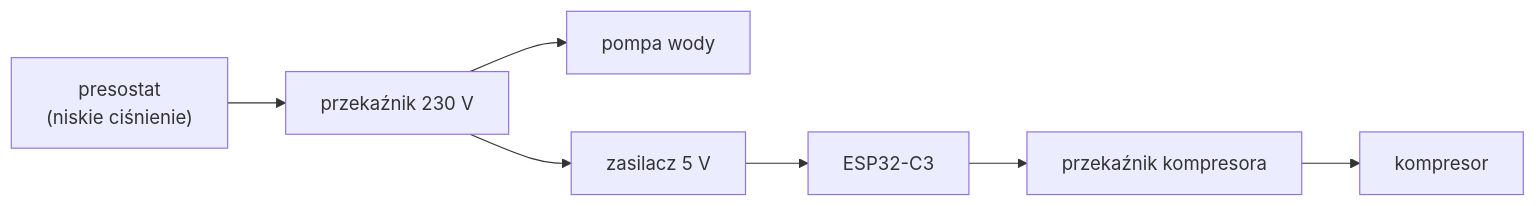
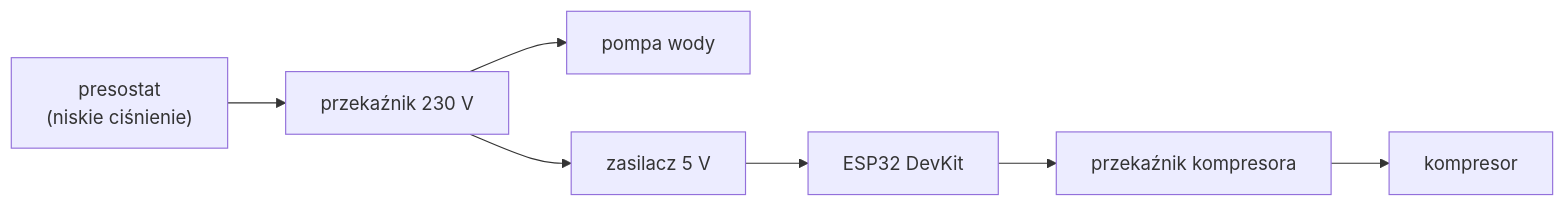
One commit to robertorlowski/chpc-web changed the diagram in devices/water-pressure-tank/docs/1-opis-biznesowy.md. Above: the diagram before and after it, drawn with Mermaid. The commit also changed other lines of this file and 11 other files, not shown here.

First line of the commit message:
Hydrofor: tylko płytka ESP32 DevKit, schemat podłączenia pinów

````diff
--- a/devices/water-pressure-tank/docs/1-opis-biznesowy.md
+++ b/devices/water-pressure-tank/docs/1-opis-biznesowy.md
@@ -19,6 +19,6 @@
 ```mermaid
 flowchart LR
     P["presostat<br/>(niskie ciśnienie)"] --> R["przekaźnik 230 V"]
     R --> W["pompa wody"]
-    R --> Z["zasilacz 5 V"] --> E["ESP32-C3"] --> K["przekaźnik kompresora"] --> C["kompresor"]
+    R --> Z["zasilacz 5 V"] --> E["ESP32 DevKit"] --> K["przekaźnik kompresora"] --> C["kompresor"]
 ```
````
